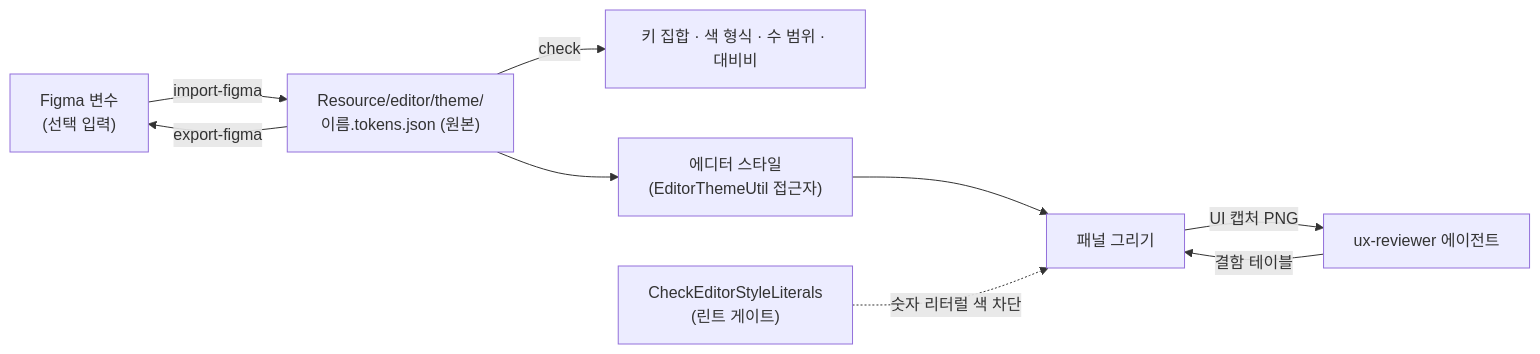
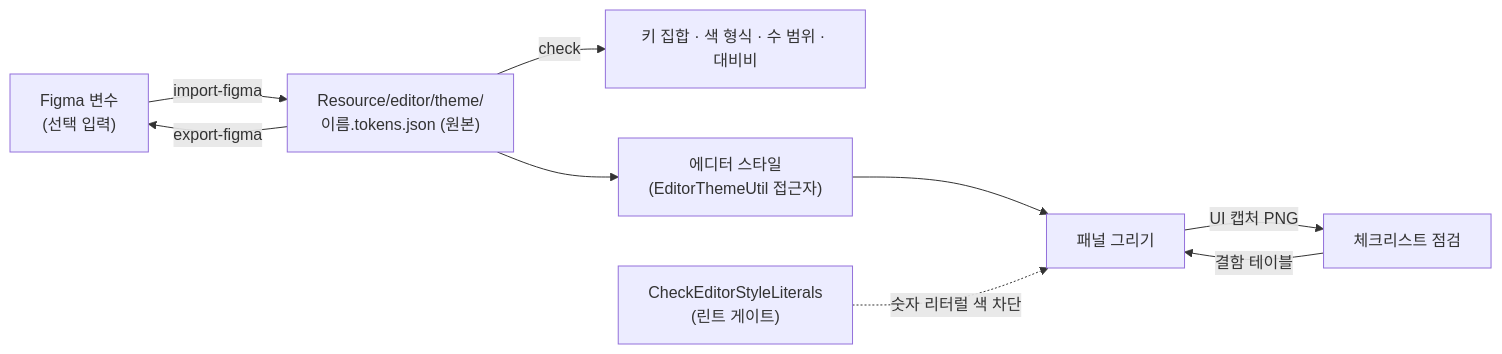
Before and after one commit to sswgame/LearningTemplate: the diagram in docs/plans/EditorUX.md, drawn with Mermaid. The commit also changed other lines of this file and 6 other files, not shown here.

````diff
--- a/docs/plans/EditorUX.md
+++ b/docs/plans/EditorUX.md
@@ -12,11 +12,11 @@
 ```mermaid
 flowchart LR
     F["Figma 변수<br/>(선택 입력)"] -->|import-figma| T["Resource/editor/theme/<br/>이름.tokens.json (원본)"]
     T -->|export-figma| F
     T -->|check| C["키 집합 · 색 형식 · 수 범위 · 대비비"]
     T --> S["에디터 스타일<br/>(EditorThemeUtil 접근자)"]
     S --> P["패널 그리기"]
-    P -->|UI 캡처 PNG| R["ux-reviewer 에이전트"]
+    P -->|UI 캡처 PNG| R["체크리스트 점검"]
     R -->|결함 테이블| P
     L["CheckEditorStyleLiterals<br/>(린트 게이트)"] -.->|숫자 리터럴 색 차단| P
 ```
````
